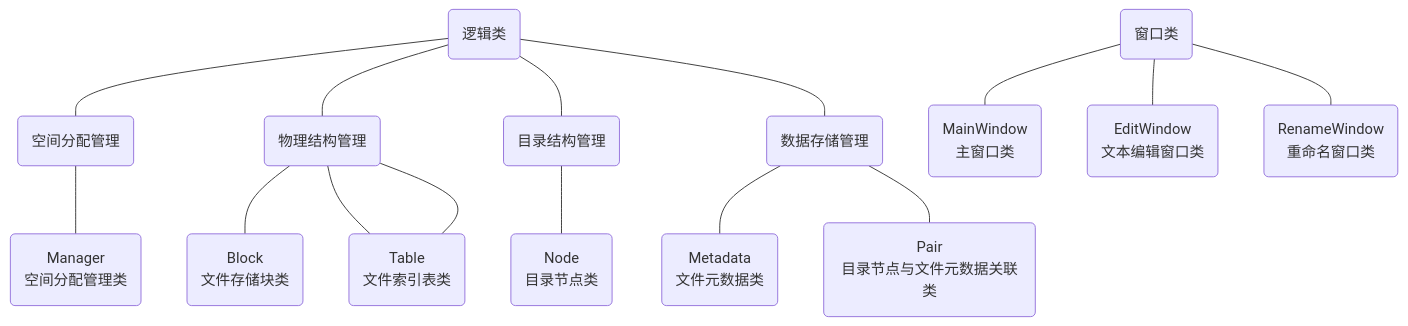
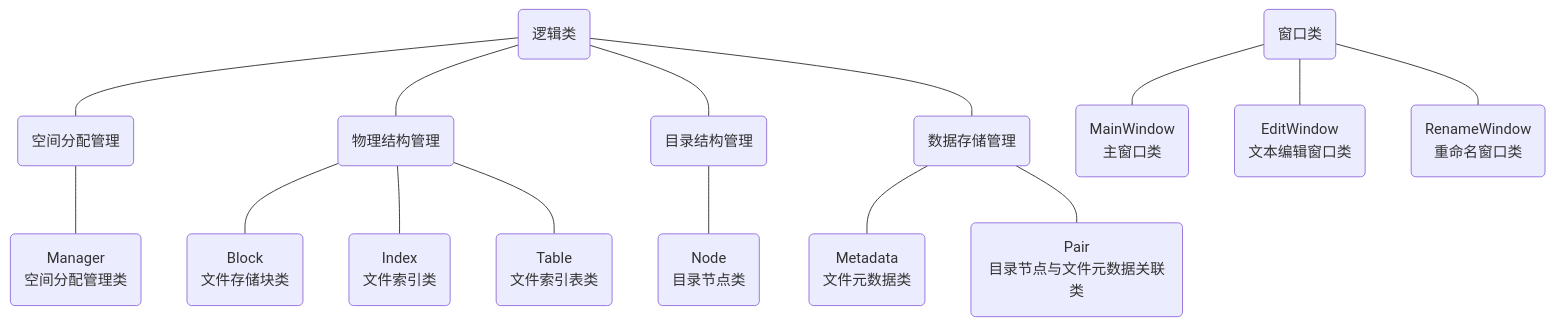
The diagram in File_Management/README.md (MinmusLin/Operating_System_Course_Assignments), drawn with Mermaid before and after one commit. The commit also changed other lines of this file, not shown here.

````diff
--- a/File_Management/README.md
+++ b/File_Management/README.md
@@ -107,17 +107,17 @@
 ```mermaid
 graph
 A(逻辑类) --- B(空间分配管理)
 B(空间分配管理) --- F(Manager\n空间分配管理类)
 A(逻辑类) --- C(物理结构管理)
 C(物理结构管理) --- G(Block\n文件存储块类)
 C(物理结构管理) --- H(Index\n文件索引类)
-C(物理结构管理) --- H(Table\n文件索引表类)
+C(物理结构管理) --- I(Table\n文件索引表类)
 A(逻辑类) --- D(目录结构管理)
-D(目录结构管理) --- I(Node\n目录节点类)
+D(目录结构管理) --- J(Node\n目录节点类)
 A(逻辑类) --- E(数据存储管理)
-E(数据存储管理) --- J(Metadata\n文件元数据类)
-E(数据存储管理) --- K(Pair\n目录节点与文件元数据关联类)
-L(窗口类) --- M(MainWindow\n主窗口类)
-L(窗口类) --- N(EditWindow\n文本编辑窗口类)
-L(窗口类) --- O(RenameWindow\n重命名窗口类)
+E(数据存储管理) --- K(Metadata\n文件元数据类)
+E(数据存储管理) --- L(Pair\n目录节点与文件元数据关联类)
+M(窗口类) --- N(MainWindow\n主窗口类)
+M(窗口类) --- O(EditWindow\n文本编辑窗口类)
+M(窗口类) --- P(RenameWindow\n重命名窗口类)
 ```
````
